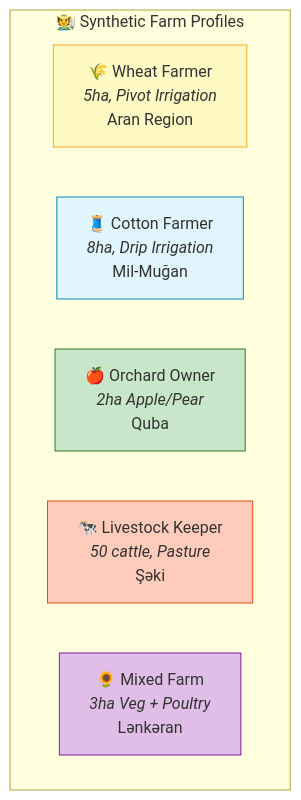
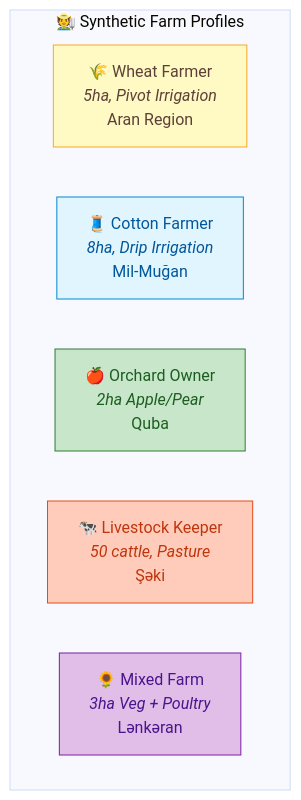
The eighth of 9 diagrams in docs/zekalab/02-GAP-ANALYSIS.md (Px8Studio/yonja), drawn with Mermaid before and after one commit. The commit also changed other lines of this file and 2 other files, not shown here.

Commit message:
Refine styling in architecture diagrams for improved clarity and consistency

````diff
--- a/docs/zekalab/02-GAP-ANALYSIS.md
+++ b/docs/zekalab/02-GAP-ANALYSIS.md
@@ -242,16 +247,17 @@
 ```mermaid
+%%{init: {'theme': 'base', 'themeVariables': { 'primaryTextColor': '#1a1a1a', 'lineColor': '#424242'}}}%%
 graph TB
     subgraph personas["🧑‍🌾 Synthetic Farm Profiles"]
         wheat["🌾 Wheat Farmer<br/><i>5ha, Pivot Irrigation</i><br/>Aran Region"]
         cotton["🧵 Cotton Farmer<br/><i>8ha, Drip Irrigation</i><br/>Mil-Muğan"]
         orchard["🍎 Orchard Owner<br/><i>2ha Apple/Pear</i><br/>Quba"]
         livestock["🐄 Livestock Keeper<br/><i>50 cattle, Pasture</i><br/>Şəki"]
         mixed["🌻 Mixed Farm<br/><i>3ha Veg + Poultry</i><br/>Lənkəran"]
     end
     
-    style wheat fill:#fff9c4,stroke:#f9a825
-    style cotton fill:#e1f5fe,stroke:#0288d1
-    style orchard fill:#c8e6c9,stroke:#2e7d32
-    style livestock fill:#ffccbc,stroke:#e64a19
-    style mixed fill:#e1bee7,stroke:#7b1fa2
+    style wheat fill:#fff9c4,stroke:#f9a825,color:#5d4037
+    style cotton fill:#e1f5fe,stroke:#0288d1,color:#01579b
+    style orchard fill:#c8e6c9,stroke:#2e7d32,color:#1b5e20
+    style livestock fill:#ffccbc,stroke:#e64a19,color:#bf360c
+    style mixed fill:#e1bee7,stroke:#7b1fa2,color:#4a148c
 ```
````
